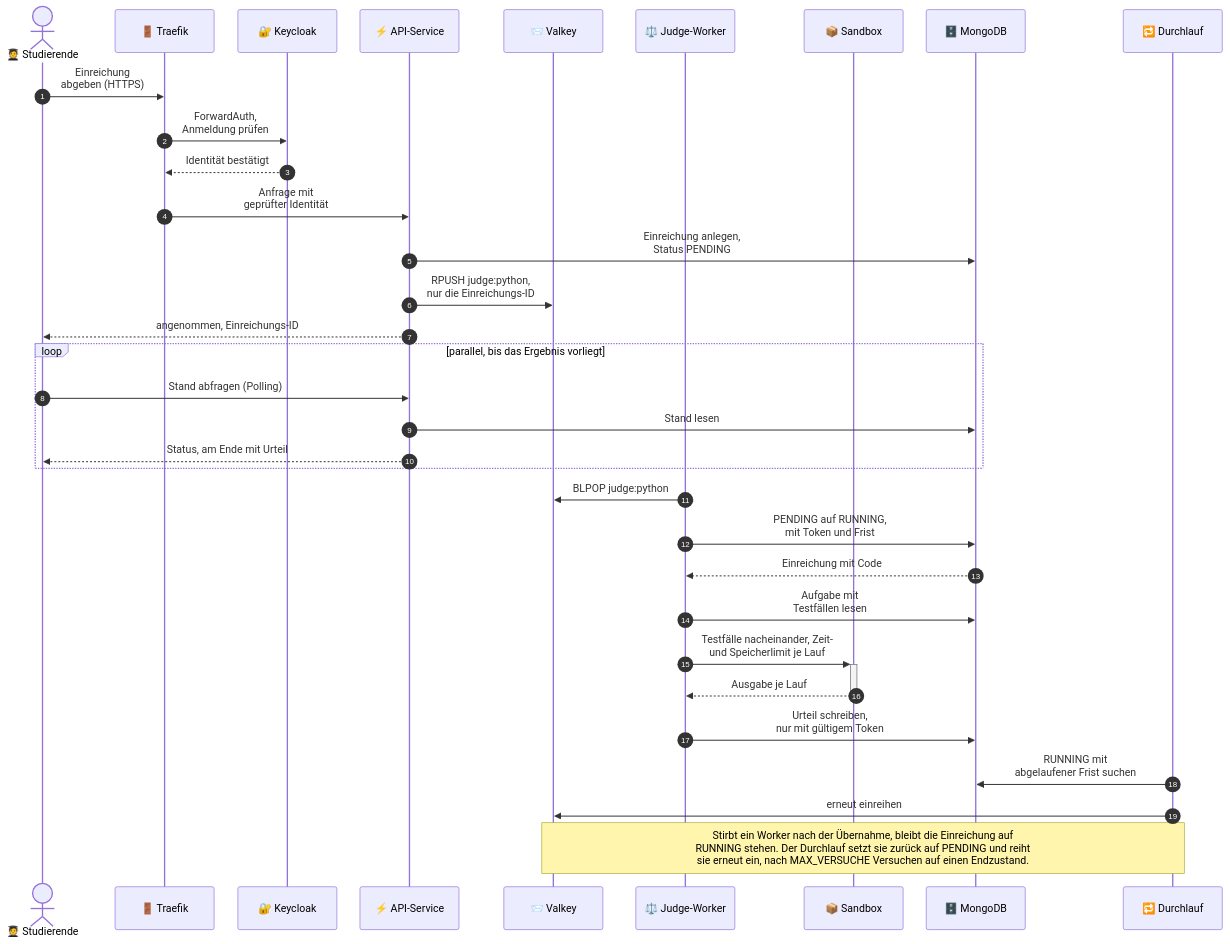
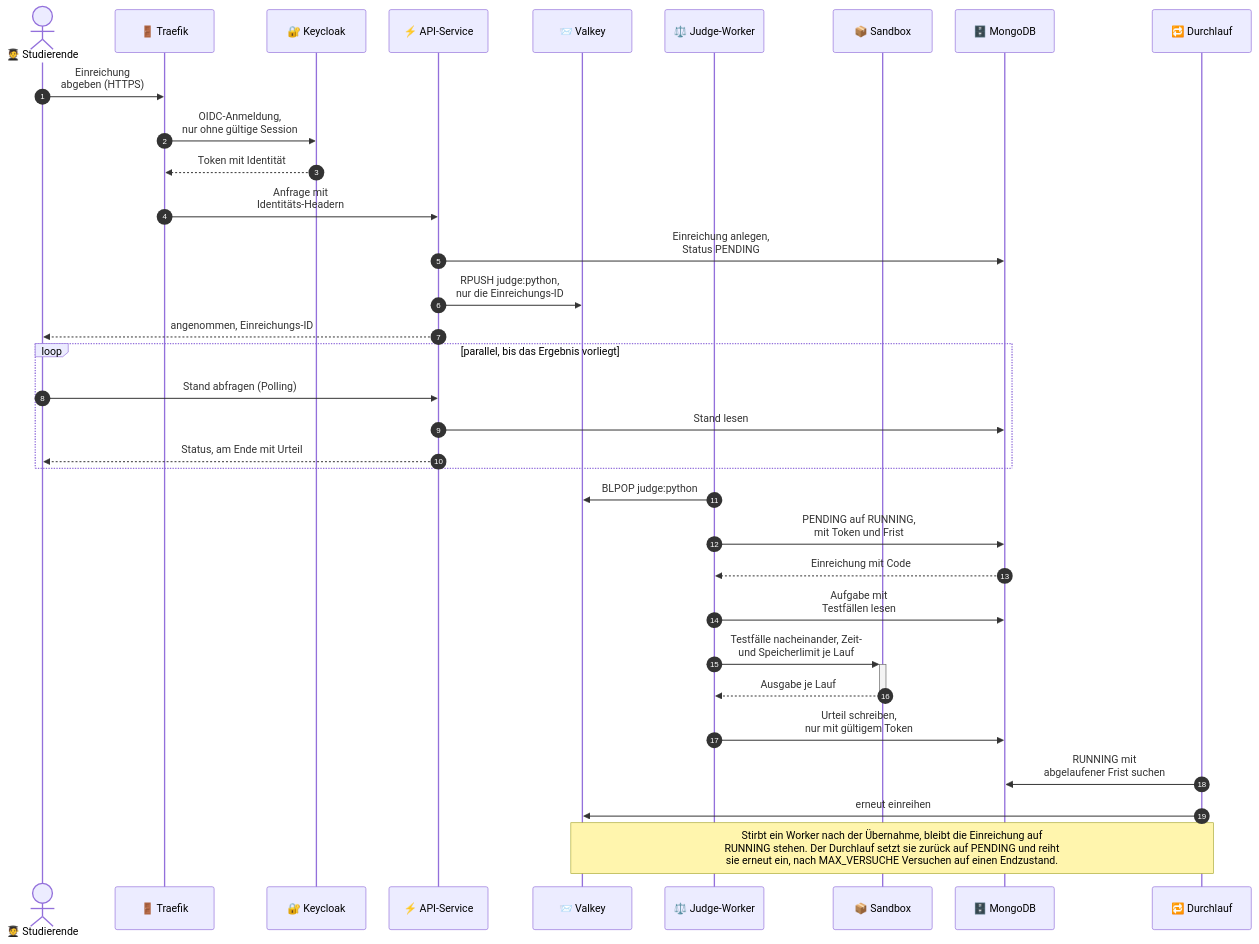
One commit to litithio/Online-Judge-Cloud changed the diagram in docs/diagramme/datenfluss.mmd. Above: the diagram before and after it, drawn with Mermaid. The commit also changed 8 other files, not shown here.

First line of the commit message:
Doku: OIDC-Plugin statt ForwardAuth, Einrichtungsblock vollständig

```diff
--- a/docs/diagramme/datenfluss.mmd
+++ b/docs/diagramme/datenfluss.mmd
@@ -1,50 +1,50 @@
 ---
 # Feste Schrift: mermaid bemisst die Kästen mit der Schrift, die beim
 # Rendern verfügbar ist. Weicht die Anzeigeschrift ab, laufen Texte über
 # die Ränder.
 config:
   fontFamily: Arial, Helvetica, sans-serif
   # Der Notiz-Kasten liegt exakt auf der vermessenen Textbreite, ohne
   # Innenabstand. Die etwas kleinere Schrift schafft die Luft; !important,
   # weil der Text eine Inline-Schriftgröße trägt.
   themeCSS: ".noteText { font-size: 14px !important; }"
   # Enger als der Default (50): Das Diagramm wird im README auf
   # Spaltenbreite skaliert, jeder gesparte Querpixel macht die Schrift
   # dort größer.
   sequence:
     actorMargin: 35
 ---
 sequenceDiagram
     autonumber
     actor S as 🧑‍🎓 Studierende
     participant T as 🚪 Traefik
     participant K as 🔐 Keycloak
     participant A as ⚡ API-Service
     participant V as 📨 Valkey
     participant W as ⚖️ Judge-Worker
     participant B as 📦 Sandbox
     participant M as 🗄️ MongoDB
     participant D as 🔁 Durchlauf
 
     S->>T: Einreichung<br/>abgeben (HTTPS)
-    T->>K: ForwardAuth,<br/>Anmeldung prüfen
-    K-->>T: Identität bestätigt
-    T->>A: Anfrage mit<br/>geprüfter Identität
+    T->>K: OIDC-Anmeldung,<br/>nur ohne gültige Session
+    K-->>T: Token mit Identität
+    T->>A: Anfrage mit<br/>Identitäts-Headern
     A->>M: Einreichung anlegen,<br/>Status PENDING
     A->>V: RPUSH judge:python,<br/>nur die Einreichungs-ID
     A-->>S: angenommen, Einreichungs-ID
     loop parallel, bis das Ergebnis vorliegt
         S->>A: Stand abfragen (Polling)
         A->>M: Stand lesen
         A-->>S: Status, am Ende mit Urteil
     end
     W->>V: BLPOP judge:python
     W->>M: PENDING auf RUNNING,<br/>mit Token und Frist
     M-->>W: Einreichung mit Code
     W->>M: Aufgabe mit<br/>Testfällen lesen
     W->>+B: Testfälle nacheinander, Zeit-<br/>und Speicherlimit je Lauf
     B-->>-W: Ausgabe je Lauf
     W->>M: Urteil schreiben,<br/>nur mit gültigem Token
     D->>M: RUNNING mit<br/>abgelaufener Frist suchen
     D->>V: erneut einreihen
     Note over V,D: Stirbt ein Worker nach der Übernahme, bleibt die Einreichung auf<br/>RUNNING stehen. Der Durchlauf setzt sie zurück auf PENDING und reiht<br/>sie erneut ein, nach MAX_VERSUCHE Versuchen auf einen Endzustand.
```
